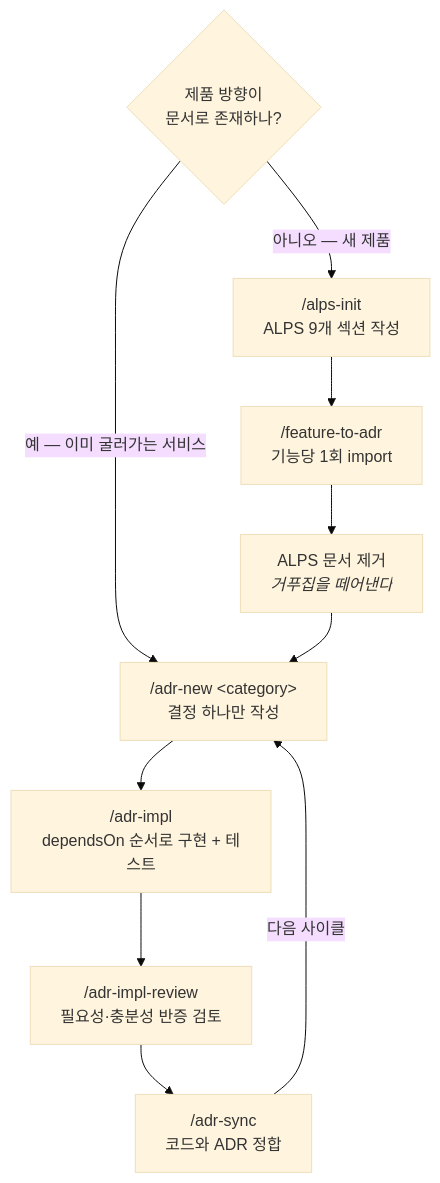
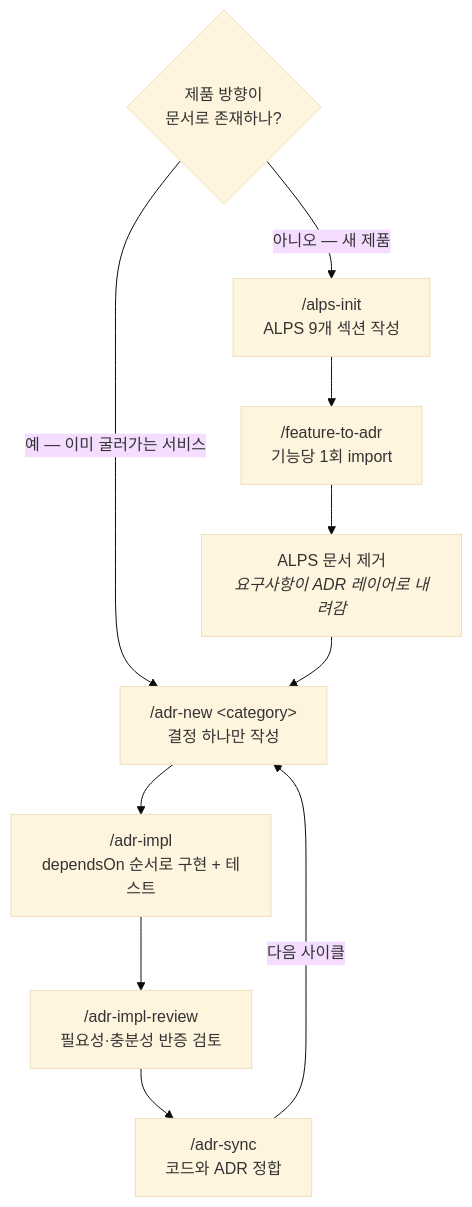
One commit to haandol/haandol.github.com changed diagram 11 of 11 in _posts/2026-07-25-alps-adr-abstraction-boundaries.md. Above: the diagram before and after it, drawn with Mermaid (base theme). The commit also changed other lines of this file, not shown here.

````diff
--- a/_posts/2026-07-25-alps-adr-abstraction-boundaries.md
+++ b/_posts/2026-07-25-alps-adr-abstraction-boundaries.md
@@ -582,13 +582,13 @@
 ```mermaid
 flowchart TD
     Q{"제품 방향이<br/>문서로 존재하나?"}
     Q -->|"아니오 — 새 제품"| ALPS["/alps-init<br/>ALPS 9개 섹션 작성"]
     ALPS --> F2A["/feature-to-adr<br/>기능당 1회 import"]
-    F2A --> DROP["ALPS 문서 제거<br/><i>거푸집을 떼어낸다</i>"]
+    F2A --> DROP["ALPS 문서 제거<br/><i>요구사항이 ADR 레이어로 내려감</i>"]
     Q -->|"예 — 이미 굴러가는 서비스"| NEW["/adr-new &lt;category&gt;<br/>결정 하나만 작성"]
     DROP --> NEW
     NEW --> IMPL["/adr-impl<br/>dependsOn 순서로 구현 + 테스트"]
     IMPL --> REVIEW["/adr-impl-review<br/>필요성·충분성 반증 검토"]
     REVIEW --> SYNC["/adr-sync<br/>코드와 ADR 정합"]
     SYNC -->|다음 사이클| NEW
 ```
````
